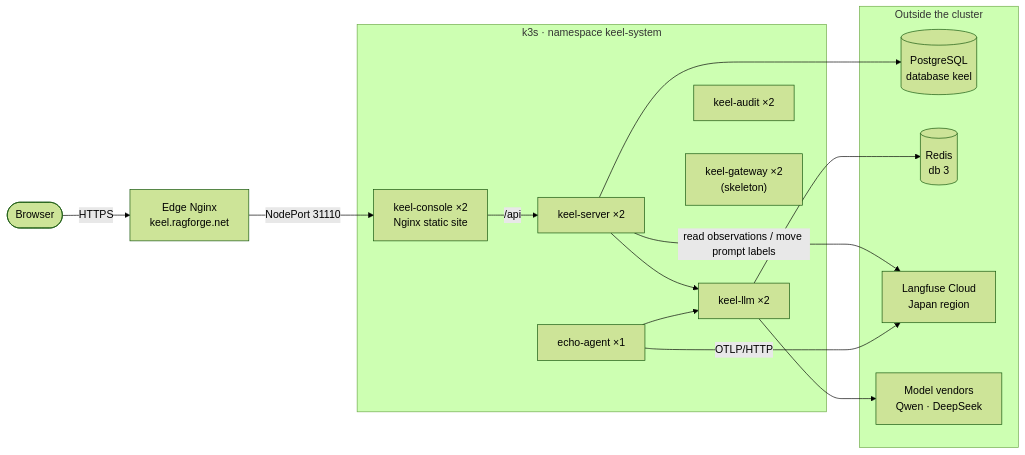
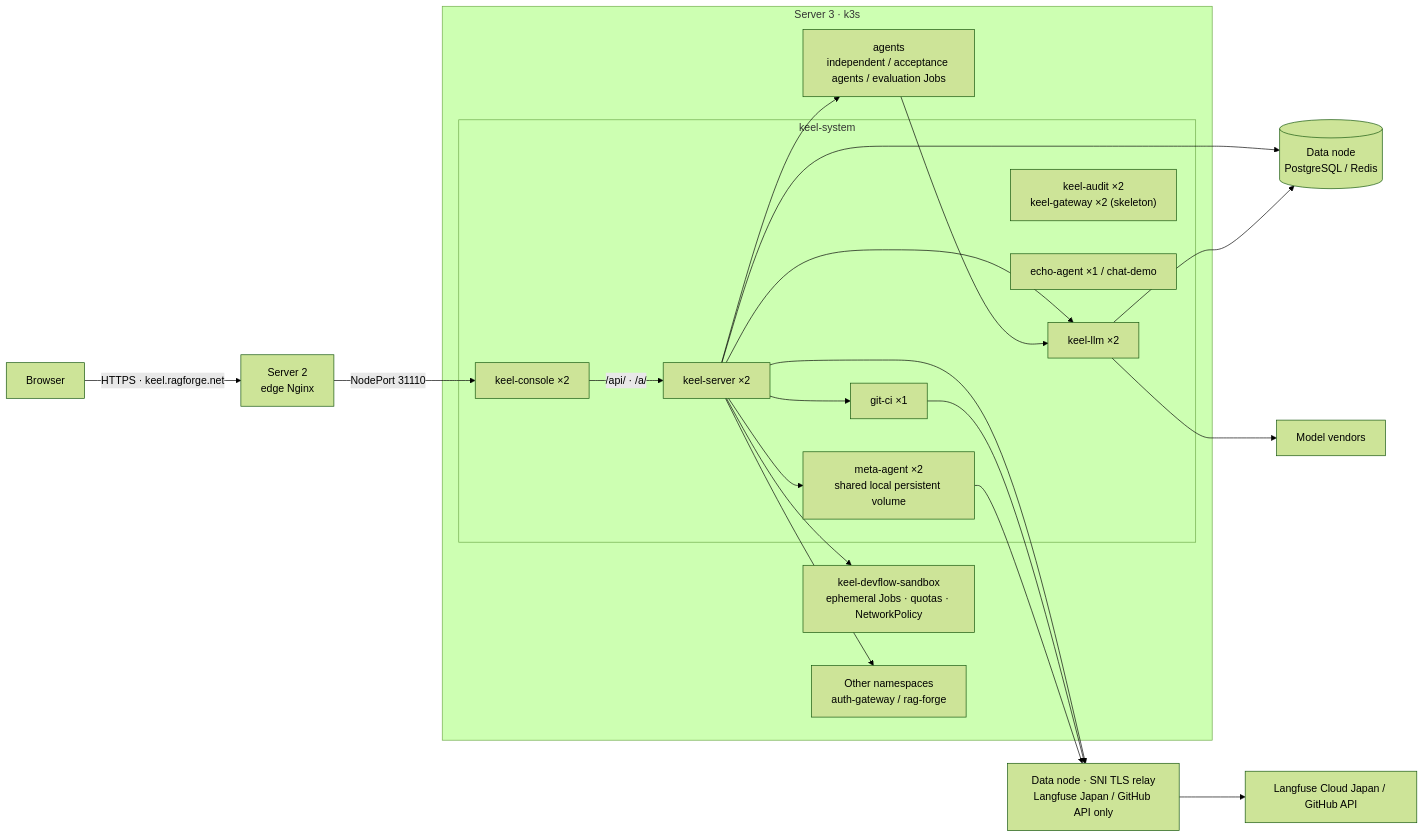
Before and after one commit to dezhiguan/keel: the second of 2 diagrams in README.en.md, drawn with Mermaid (forest theme). The commit also changed other lines of this file and 2 other files, not shown here.

````diff
--- a/README.en.md
+++ b/README.en.md
@@ -218,30 +194,31 @@
 ```mermaid
 flowchart LR
-    user(["Browser"]) -- HTTPS --> nginx["Edge Nginx<br/>keel.ragforge.net"]
-    nginx -- NodePort 31110 --> consoleSvc
-
-    subgraph K3S["k3s · namespace keel-system"]
-        consoleSvc["keel-console ×2<br/>Nginx static site"]
-        server["keel-server ×2"]
-        llm["keel-llm ×2"]
-        audit["keel-audit ×2"]
-        gw["keel-gateway ×2<br/>(skeleton)"]
-        echo["echo-agent ×1"]
-        consoleSvc -- /api --> server
-        server --> llm
-        echo --> llm
+    user["Browser"] -- "HTTPS · keel.ragforge.net" --> ingress["Server 2<br/>edge Nginx"]
+    ingress -- "NodePort 31110" --> console
+    subgraph APP["Server 3 · k3s"]
+        subgraph SYS["keel-system"]
+            console["keel-console ×2"]
+            server["keel-server ×2"]
+            llm["keel-llm ×2"]
+            aux["keel-audit ×2<br/>keel-gateway ×2 (skeleton)"]
+            git["git-ci ×1"]
+            meta["meta-agent ×2<br/>shared local persistent volume"]
+            echo["echo-agent ×1 / chat-demo"]
+            console -- "/api/ · /a/" --> server
+            server --> llm & git & meta
+        end
+        agents["agents<br/>independent / acceptance agents / evaluation Jobs"]
+        sandbox["keel-devflow-sandbox<br/>ephemeral Jobs · quotas · NetworkPolicy"]
+        server --> agents & sandbox
+        agents --> llm
+        shared["Other namespaces<br/>auth-gateway / rag-forge"]
+        server --> shared
     end
-
-    subgraph EXT["Outside the cluster"]
-        pg[("PostgreSQL<br/>database keel")]
-        redis[("Redis<br/>db 3")]
-        lf["Langfuse Cloud<br/>Japan region"]
-        vendors["Model vendors<br/>Qwen · DeepSeek"]
-    end
-
-    server --> pg
-    server -- read observations / move prompt labels --> lf
-    echo -- OTLP/HTTP --> lf
-    llm --> redis
-    llm --> vendors
+    data[("Data node<br/>PostgreSQL / Redis")]
+    relay["Data node · SNI TLS relay<br/>Langfuse Japan / GitHub API only"]
+    cloud["Langfuse Cloud Japan / GitHub API"]
+    vendor["Model vendors"]
+    server & llm --> data
+    server & git & meta --> relay --> cloud
+    llm --> vendor
 ```
````
